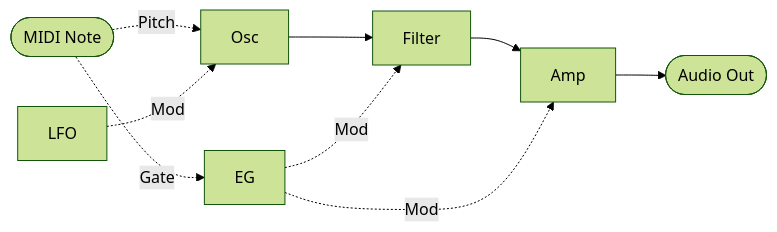
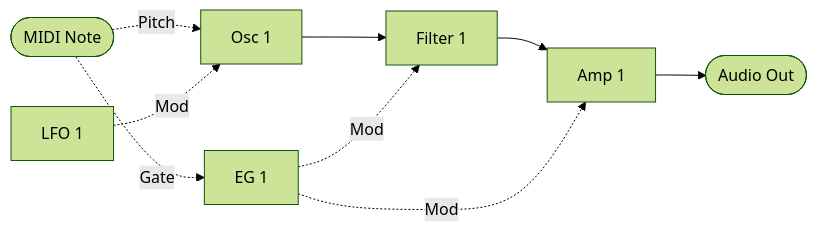
Before and after one commit to risgk/midi_synthesizer_spms1: the first of 2 diagrams in spms1_type0/README.md, drawn with Mermaid (forest theme). The commit also changed other lines of this file, not shown here.

````diff
--- a/spms1_type0/README.md
+++ b/spms1_type0/README.md
@@ -91,20 +91,20 @@
 ```mermaid
 flowchart LR
   NOTE([MIDI Note])
-  EG[EG]
-  LFO[LFO]
-  OSC[Osc]
-  FILTER[Filter]
-  AMP[Amp]
+  EG1[EG 1]
+  LFO1[LFO 1]
+  OSC1[Osc 1]
+  FILTER1[Filter 1]
+  AMP1[Amp 1]
   OUT([Audio Out])
 
-  OSC --> FILTER
-  FILTER --> AMP
-  AMP --> OUT
+  OSC1 --> FILTER1
+  FILTER1 --> AMP1
+  AMP1 --> OUT
 
-  NOTE -. Gate .-> EG
-  NOTE -. Pitch .-> OSC
-  LFO -. Mod .-> OSC
-  EG -. Mod .-> FILTER
-  EG -. Mod .-> AMP
+  NOTE -. Gate .-> EG1
+  NOTE -. Pitch .-> OSC1
+  LFO1 -. Mod .-> OSC1
+  EG1 -. Mod .-> FILTER1
+  EG1 -. Mod .-> AMP1
 ```
````
